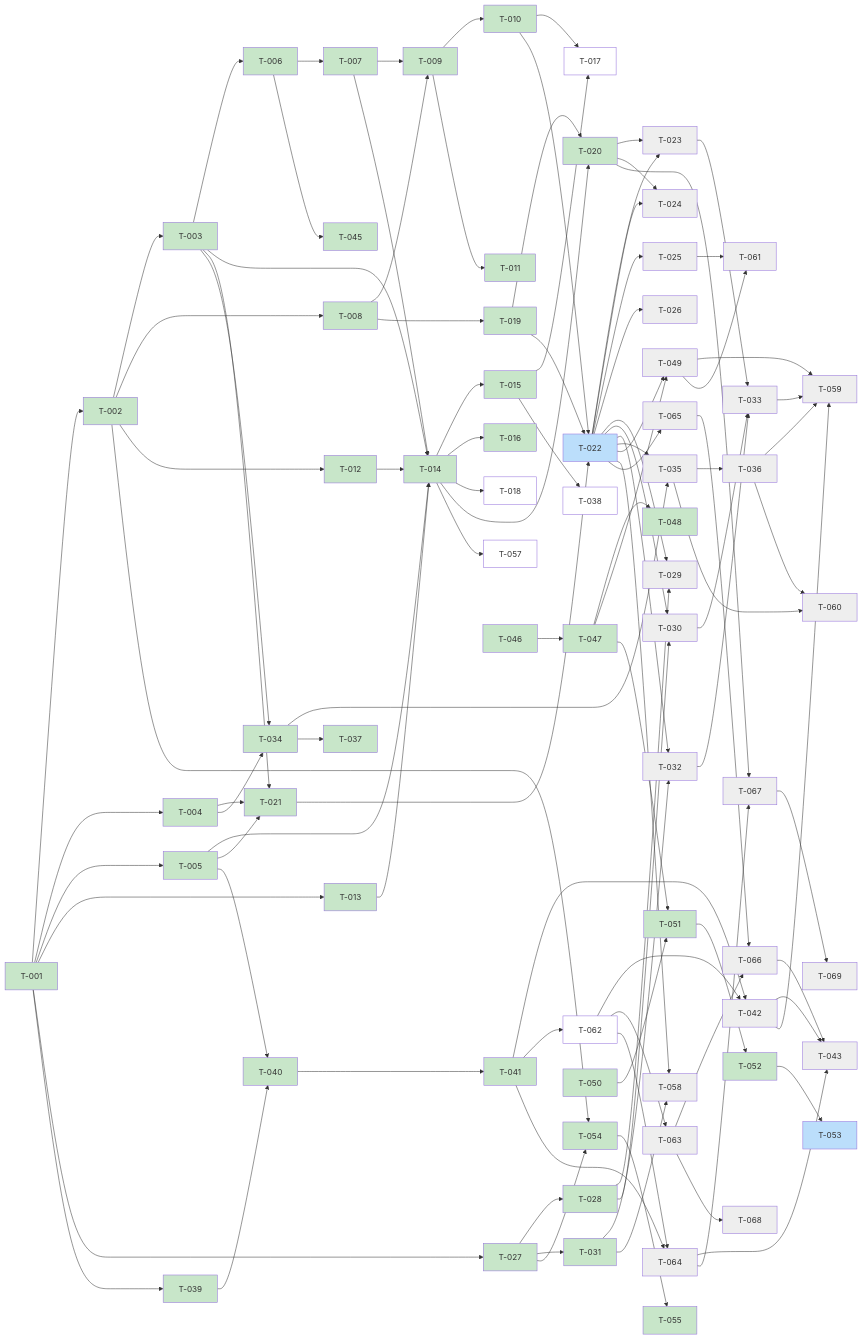
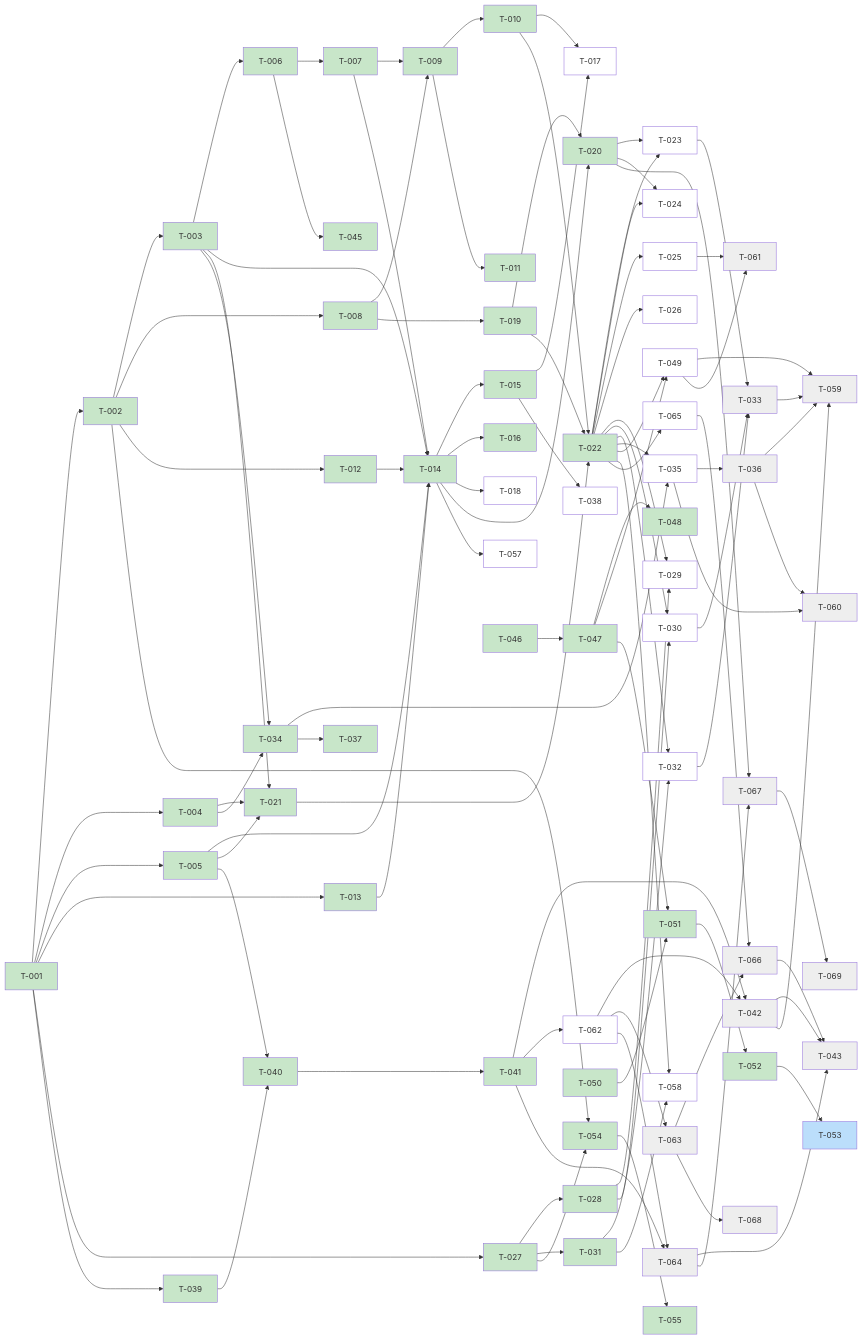
One commit to scholtz/biatec-chat changed the diagram in kanban/BOARD.md. Above: the diagram before and after it, drawn with Mermaid. The commit also changed other lines of this file and 12 other files, not shown here.

````diff
--- a/kanban/BOARD.md
+++ b/kanban/BOARD.md
@@ -210,8 +210,8 @@
   classDef inprogress fill:#bbdefb
   classDef backlog fill:#ffffff
   classDef blocked fill:#eeeeee
-  class T001,T002,T003,T004,T005,T006,T007,T008,T009,T010,T011,T012,T013,T014,T015,T016,T019,T020,T021,T027,T028,T031,T034,T037,T039,T040,T041,T044,T045,T046,T047,T048,T050,T051,T052,T054,T055,T056 done
-  class T022,T053 inprogress
-  class T017,T038,T062,T018,T057 backlog
-  class T023,T042,T024,T029,T030,T032,T033,T035,T036,T049,T059,T063,T064,T025,T026,T043,T065,T066,T068,T058,T060,T061,T067,T069 blocked
+  class T001,T002,T003,T004,T005,T006,T007,T008,T009,T010,T011,T012,T013,T014,T015,T016,T019,T020,T021,T022,T027,T028,T031,T034,T037,T039,T040,T041,T044,T045,T046,T047,T048,T050,T051,T052,T054,T055,T056 done
+  class T053 inprogress
+  class T023,T017,T024,T029,T030,T032,T035,T038,T049,T062,T018,T025,T026,T065,T057,T058 backlog
+  class T042,T033,T036,T059,T063,T064,T043,T066,T068,T060,T061,T067,T069 blocked
 ```
````
